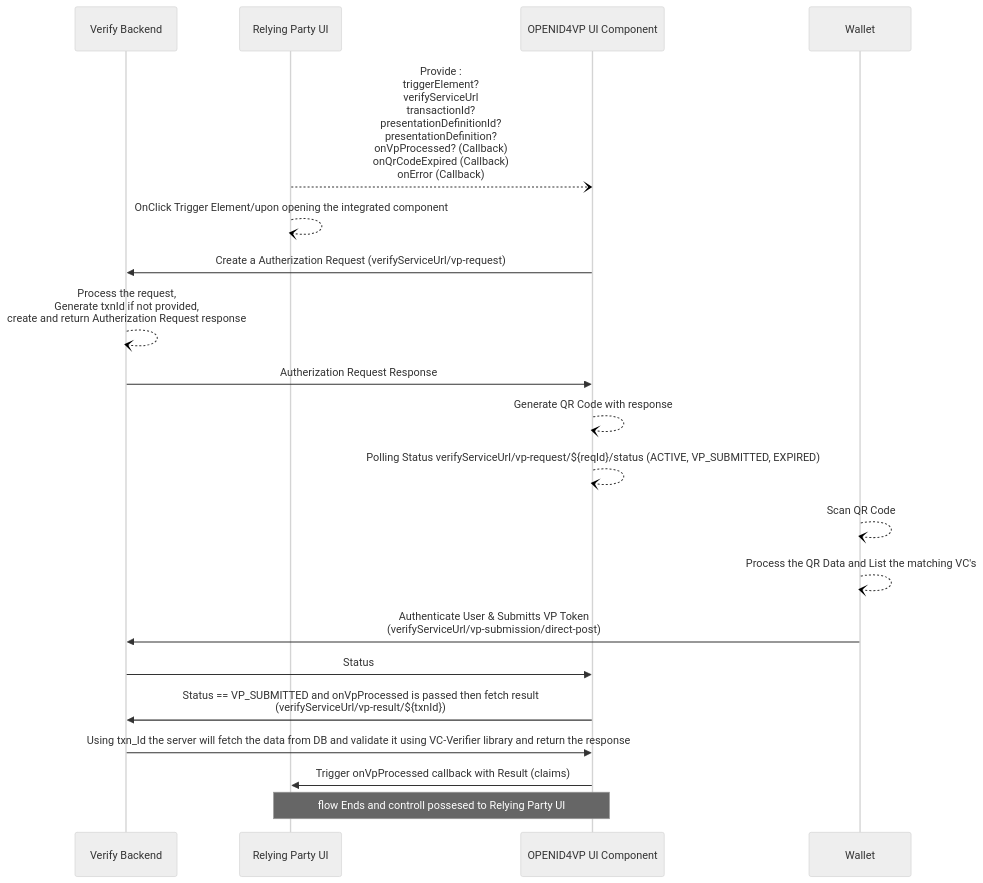
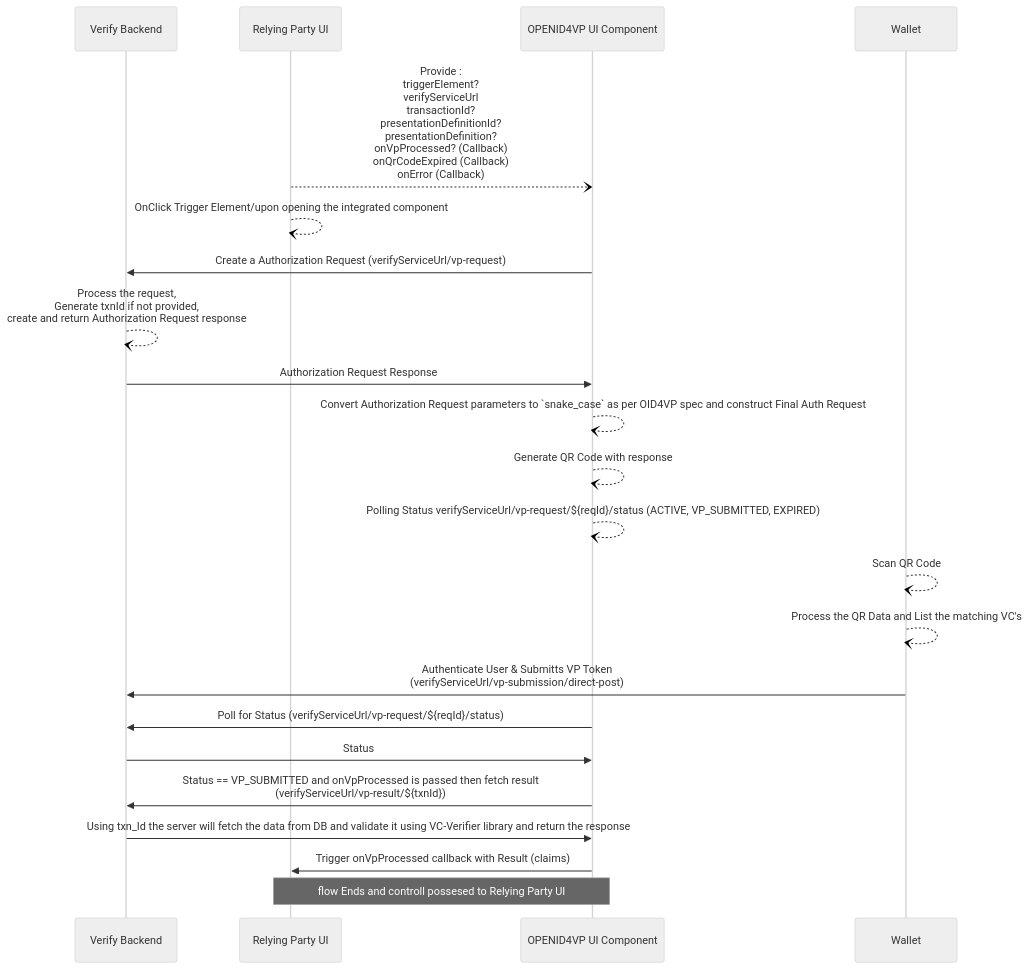
The first of 4 diagrams in docs/InjiVerifySDKOpenID4VP.md (mosip/inji-verify), drawn with Mermaid (neutral theme) before and after one commit. The commit also changed other lines of this file and 1 other file, not shown here.

````diff
--- a/docs/InjiVerifySDKOpenID4VP.md
+++ b/docs/InjiVerifySDKOpenID4VP.md
@@ -6,23 +6,25 @@
 ```mermaid 
 sequenceDiagram
     participant Verify Backend
     participant Relying Party UI
     participant OPENID4VP UI Component
     participant Wallet
     
      Relying Party UI--)OPENID4VP UI Component: Provide : <br> triggerElement? <br> verifyServiceUrl <br> transactionId? <br>  presentationDefinitionId? <br> presentationDefinition? <br> onVpProcessed? (Callback) <br> onQrCodeExpired (Callback) <br> onError (Callback) 
     Relying Party UI--)Relying Party UI: OnClick Trigger Element/upon opening the integrated component
-    OPENID4VP UI Component->>Verify Backend: Create a Autherization Request (verifyServiceUrl/vp-request) 
-    Verify Backend--)Verify Backend: Process the request,<br> Generate txnId if not provided, <br> create and return Autherization Request response
-    Verify Backend->>OPENID4VP UI Component: Autherization Request Response
+    OPENID4VP UI Component->>Verify Backend: Create a Authorization Request (verifyServiceUrl/vp-request) 
+    Verify Backend--)Verify Backend: Process the request,<br> Generate txnId if not provided, <br> create and return Authorization Request response
+    Verify Backend->>OPENID4VP UI Component: Authorization Request Response
+    OPENID4VP UI Component--)OPENID4VP UI Component: Convert Authorization Request parameters to `snake_case` as per OID4VP spec and construct Final Auth Request
     OPENID4VP UI Component--)OPENID4VP UI Component: Generate QR Code with response
     OPENID4VP UI Component--)OPENID4VP UI Component: Polling Status verifyServiceUrl/vp-request/${reqId}/status (ACTIVE, VP_SUBMITTED, EXPIRED)
     Wallet--)Wallet: Scan QR Code
     Wallet--)Wallet: Process the QR Data and List the matching VC's
     Wallet->>Verify Backend: Authenticate User & Submitts VP Token <br> (verifyServiceUrl/vp-submission/direct-post)
+    OPENID4VP UI Component->>Verify Backend: Poll for Status (verifyServiceUrl/vp-request/${reqId}/status)
     Verify Backend->>OPENID4VP UI Component: Status
     OPENID4VP UI Component->>Verify Backend: Status == VP_SUBMITTED and onVpProcessed is passed then fetch result <br> (verifyServiceUrl/vp-result/${txnId})
     Verify Backend->>OPENID4VP UI Component: Using txn_Id the server will fetch the data from DB and validate it using VC-Verifier library and return the response
     OPENID4VP UI Component->>Relying Party UI: Trigger onVpProcessed callback with Result (claims)
     Note over OPENID4VP UI Component,Relying Party UI: flow Ends and controll possesed to Relying Party UI
 ```
````
